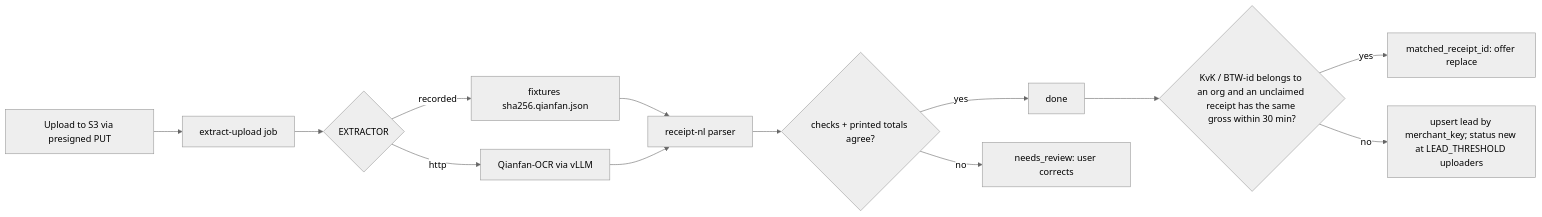
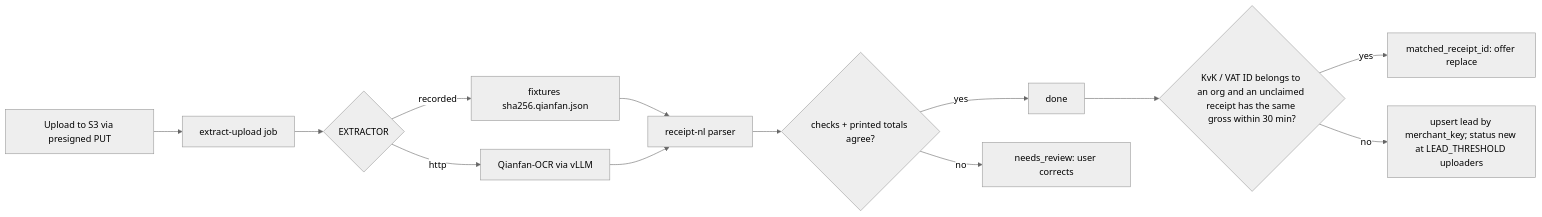
Before and after one commit to DimYiannis/verumly: the fourth of 4 diagrams in docs/ARCHITECTURE.md, drawn with Mermaid (neutral theme). The commit also changed other lines of this file and 54 other files, not shown here.

````diff
--- a/docs/ARCHITECTURE.md
+++ b/docs/ARCHITECTURE.md
@@ -85,15 +85,15 @@
 ```mermaid
 flowchart LR
   U[Upload to S3 via presigned PUT] --> J[extract-upload job]
   J --> X{EXTRACTOR}
   X -- recorded --> R[fixtures sha256.qianfan.json]
   X -- http --> Q[Qianfan-OCR via vLLM]
   R --> P[receipt-nl parser]
   Q --> P
   P --> V{checks + printed totals agree?}
   V -- yes --> D[done]
   V -- no --> N[needs_review: user corrects]
-  D --> M{KvK / BTW-id belongs to an org and an unclaimed receipt has the same gross within 30 min?}
+  D --> M{KvK / VAT ID belongs to an org and an unclaimed receipt has the same gross within 30 min?}
   M -- yes --> MR[matched_receipt_id: offer replace]
   M -- no --> L[upsert lead by merchant_key; status new at LEAD_THRESHOLD uploaders]
 ```
````
